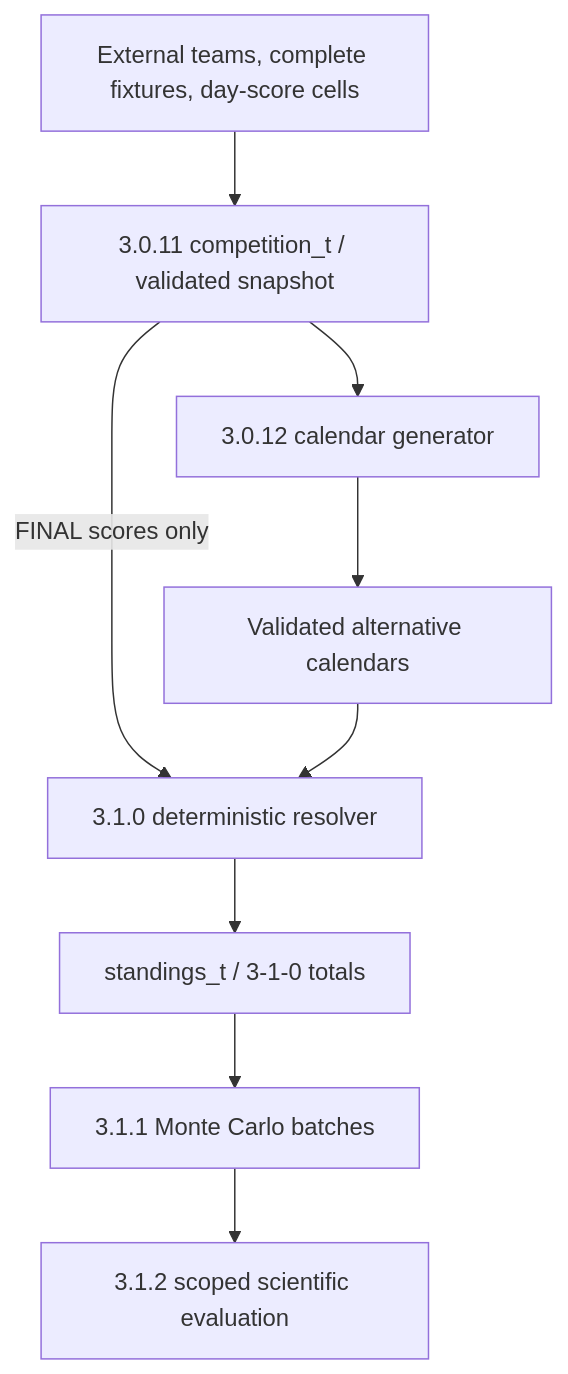
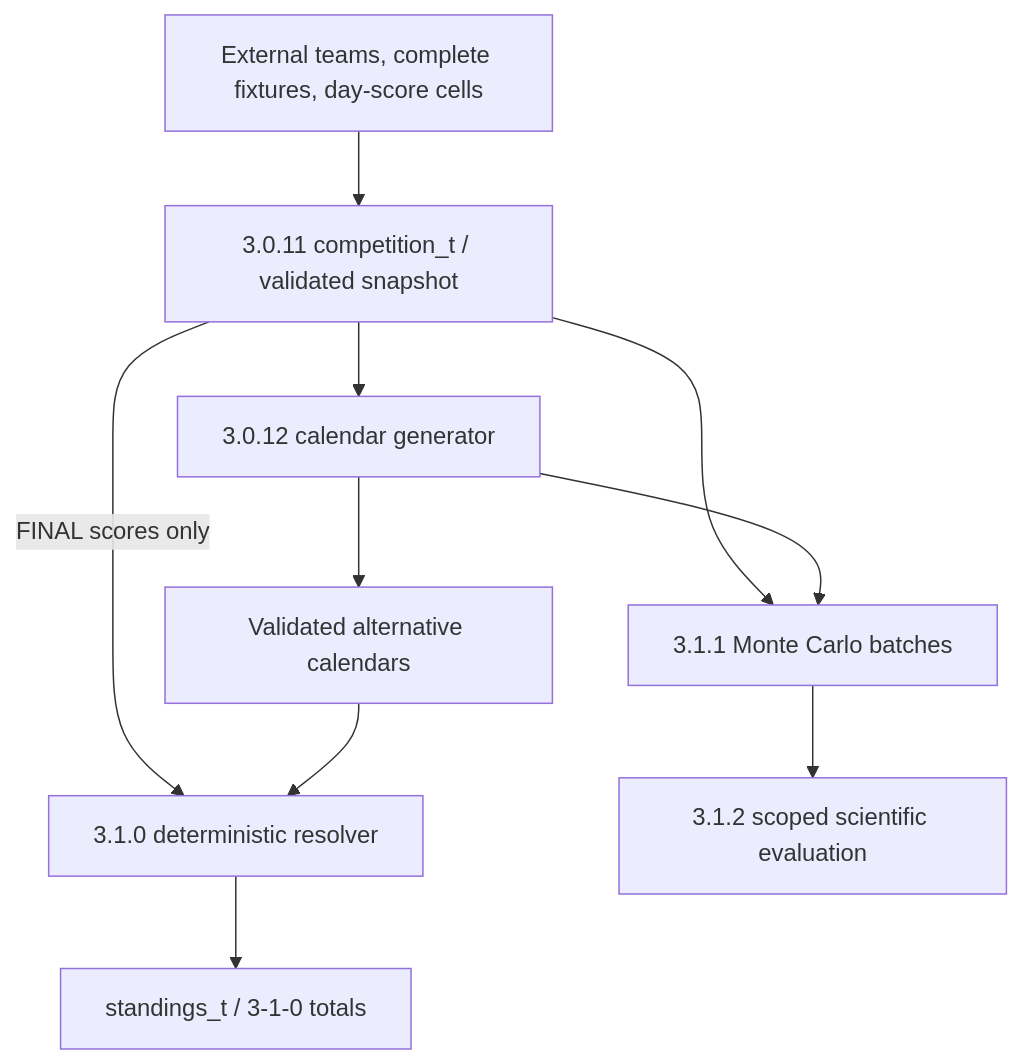
One commit to AlessVolpe/CentralRankingDogma changed the diagram in docs/architecture/data-flow.md. Above: the diagram before and after it, drawn with Mermaid. The commit also changed other lines of this file and 154 other files, not shown here.

````diff
--- a/docs/architecture/data-flow.md
+++ b/docs/architecture/data-flow.md
@@ -3,11 +3,12 @@
 ```mermaid
 flowchart TD
     INPUT["External teams, complete fixtures, day-score cells"] --> SNAP["3.0.11 competition_t / validated snapshot"]
     SNAP --> GENERATOR["3.0.12 calendar generator"]
     GENERATOR --> VALID["Validated alternative calendars"]
     SNAP -->|FINAL scores only| RESOLVE["3.1.0 deterministic resolver"]
     VALID --> RESOLVE
     RESOLVE --> STAND["standings_t / 3-1-0 totals"]
-    STAND --> MONTE["3.1.1 Monte Carlo batches"]
+    SNAP --> MONTE["3.1.1 Monte Carlo batches"]
+    GENERATOR --> MONTE
     MONTE --> EVAL["3.1.2 scoped scientific evaluation"]
 ```
````
